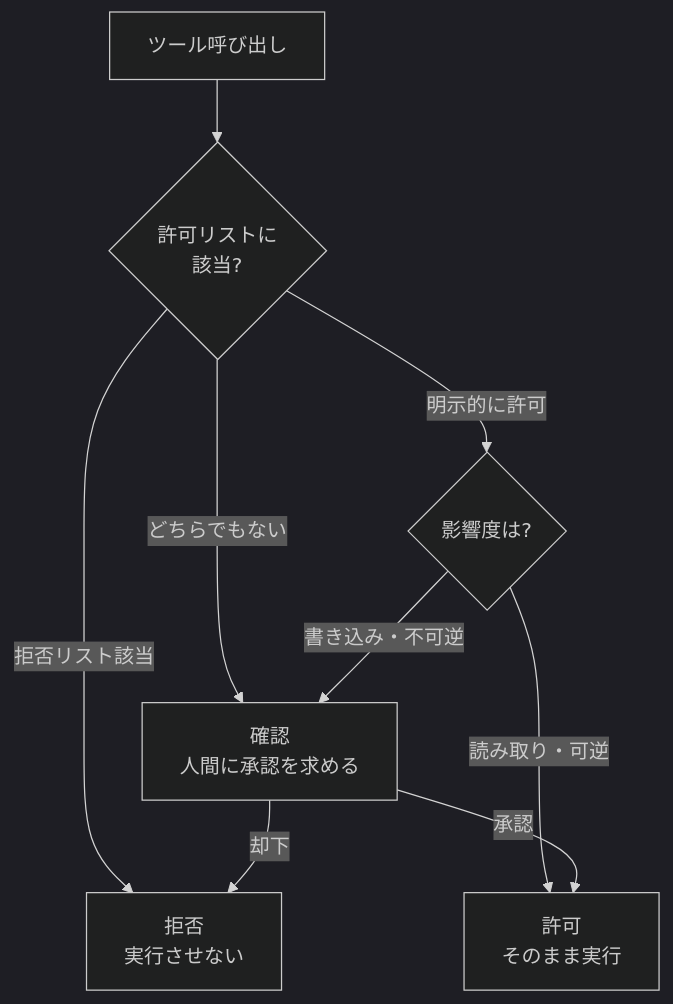
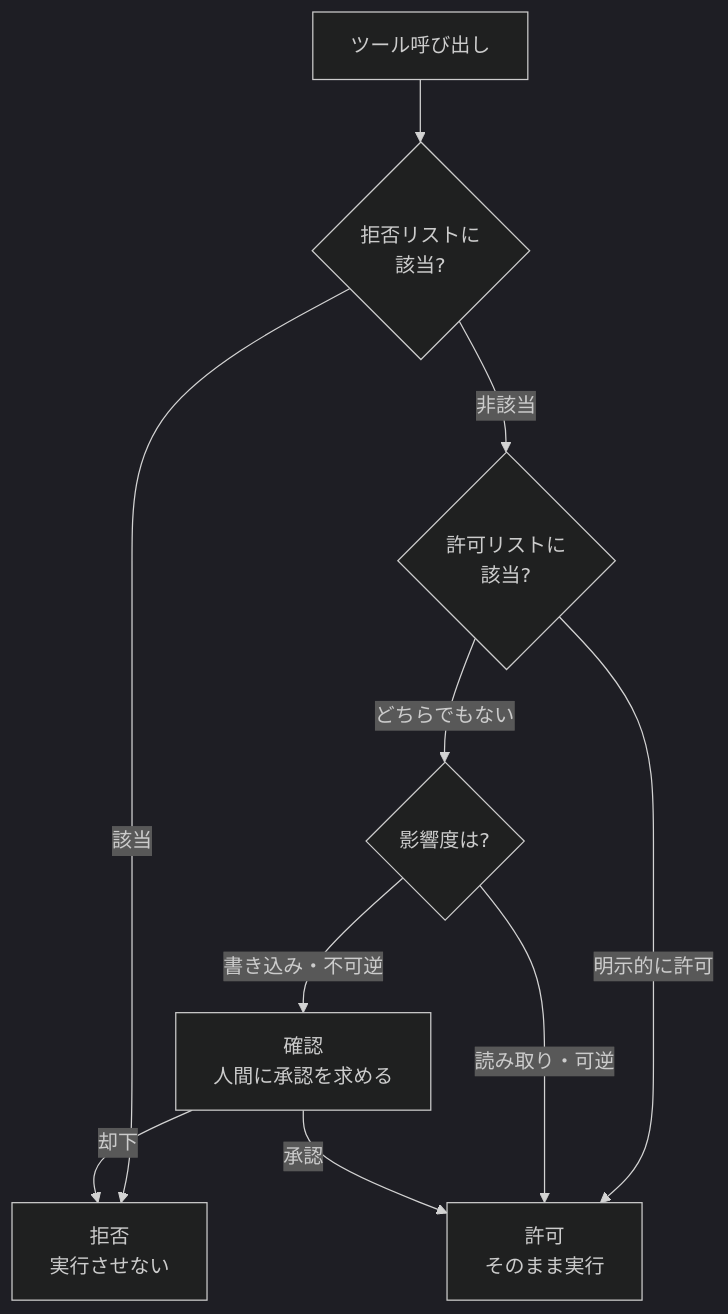
The diagram in textbooks/agent-harness-engineering/curriculums/design/chapters/03/sections/02-permission-model.md (RikiFukushima/textbook-gen), drawn with Mermaid (dark theme) before and after one commit. The commit also changed 299 other files, not shown here.

````diff
--- a/textbooks/agent-harness-engineering/curriculums/design/chapters/03/sections/02-permission-model.md
+++ b/textbooks/agent-harness-engineering/curriculums/design/chapters/03/sections/02-permission-model.md
@@ -50,11 +50,12 @@
 ```mermaid
 flowchart TD
-  A[ツール呼び出し] --> B{許可リストに<br/>該当?}
-  B -->|拒否リスト該当| D[拒否<br/>実行させない]
-  B -->|明示的に許可| C{影響度は?}
-  B -->|どちらでもない| F[確認<br/>人間に承認を求める]
-  C -->|読み取り・可逆| E[許可<br/>そのまま実行]
-  C -->|書き込み・不可逆| F
+  A[ツール呼び出し] --> B{拒否リストに<br/>該当?}
+  B -->|該当| D[拒否<br/>実行させない]
+  B -->|非該当| G{許可リストに<br/>該当?}
+  G -->|明示的に許可| E[許可<br/>そのまま実行]
+  G -->|どちらでもない| C{影響度は?}
+  C -->|読み取り・可逆| E
+  C -->|書き込み・不可逆| F[確認<br/>人間に承認を求める]
   F -->|承認| E
   F -->|却下| D
 ```
````
